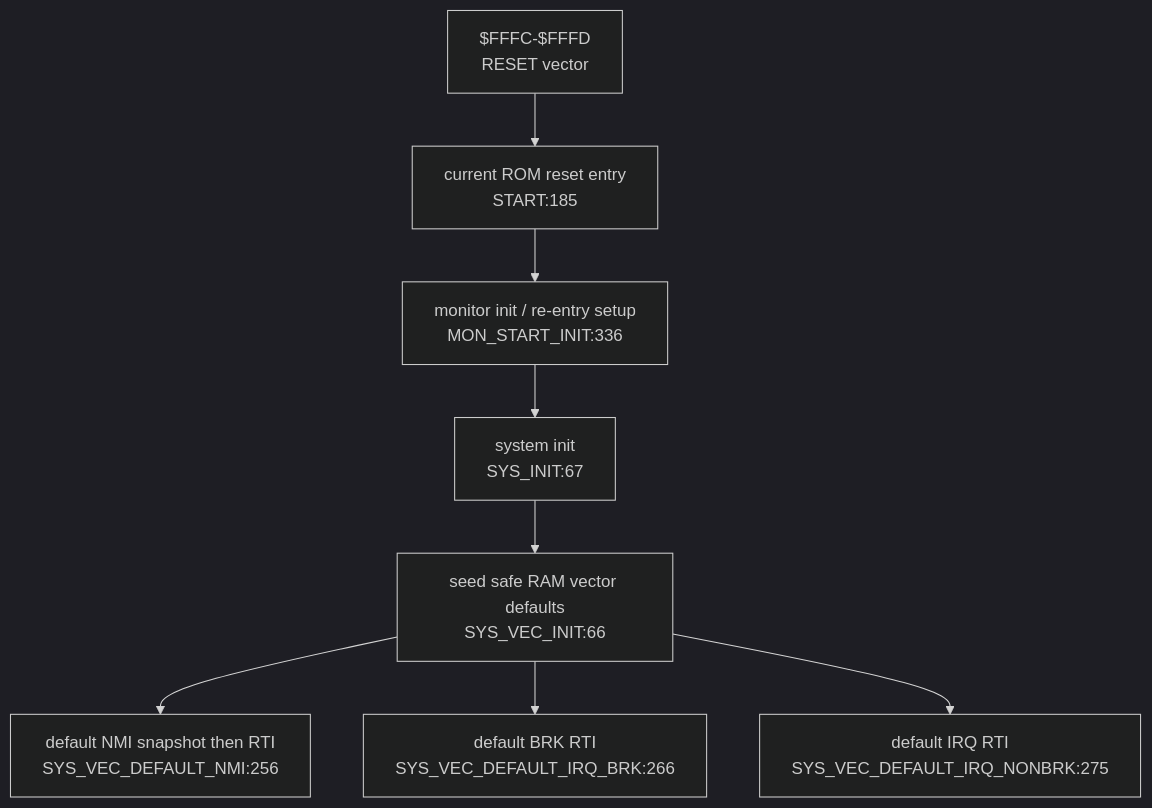
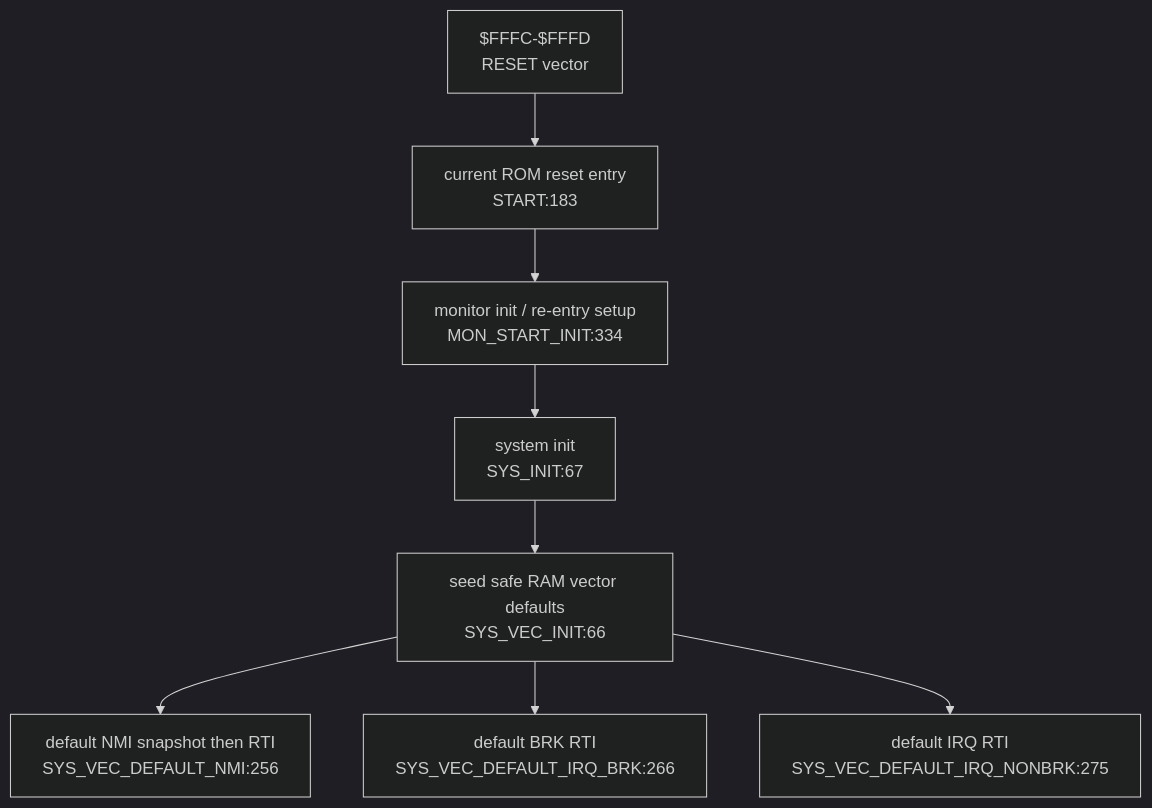
One commit to 95westus/R-YORS changed the second of 6 diagrams in DOC/GENERATED/INTERRUPT_VECTOR_MAP.md. Above: the diagram before and after it, drawn with Mermaid (dark theme). The commit also changed other lines of this file and 29 other files, not shown here.

````diff
--- a/DOC/GENERATED/INTERRUPT_VECTOR_MAP.md
+++ b/DOC/GENERATED/INTERRUPT_VECTOR_MAP.md
@@ -37,10 +37,10 @@
 ```mermaid
 flowchart TD
-    RESETV["$FFFC-$FFFD<br/>RESET vector"] --> STARTN["current ROM reset entry<br/>START:185"]
-    STARTN --> INIT["monitor init / re-entry setup<br/>MON_START_INIT:336"]
+    RESETV["$FFFC-$FFFD<br/>RESET vector"] --> STARTN["current ROM reset entry<br/>START:183"]
+    STARTN --> INIT["monitor init / re-entry setup<br/>MON_START_INIT:334"]
     INIT --> SYSINIT["system init<br/>SYS_INIT:67"]
     SYSINIT --> VECINIT["seed safe RAM vector defaults<br/>SYS_VEC_INIT:66"]
     VECINIT --> DEFNMI["default NMI snapshot then RTI<br/>SYS_VEC_DEFAULT_NMI:256"]
     VECINIT --> DEFBRK["default BRK RTI<br/>SYS_VEC_DEFAULT_IRQ_BRK:266"]
     VECINIT --> DEFIRQ["default IRQ RTI<br/>SYS_VEC_DEFAULT_IRQ_NONBRK:275"]
 ```
````
